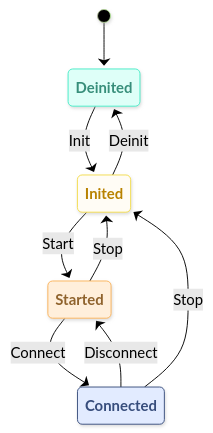
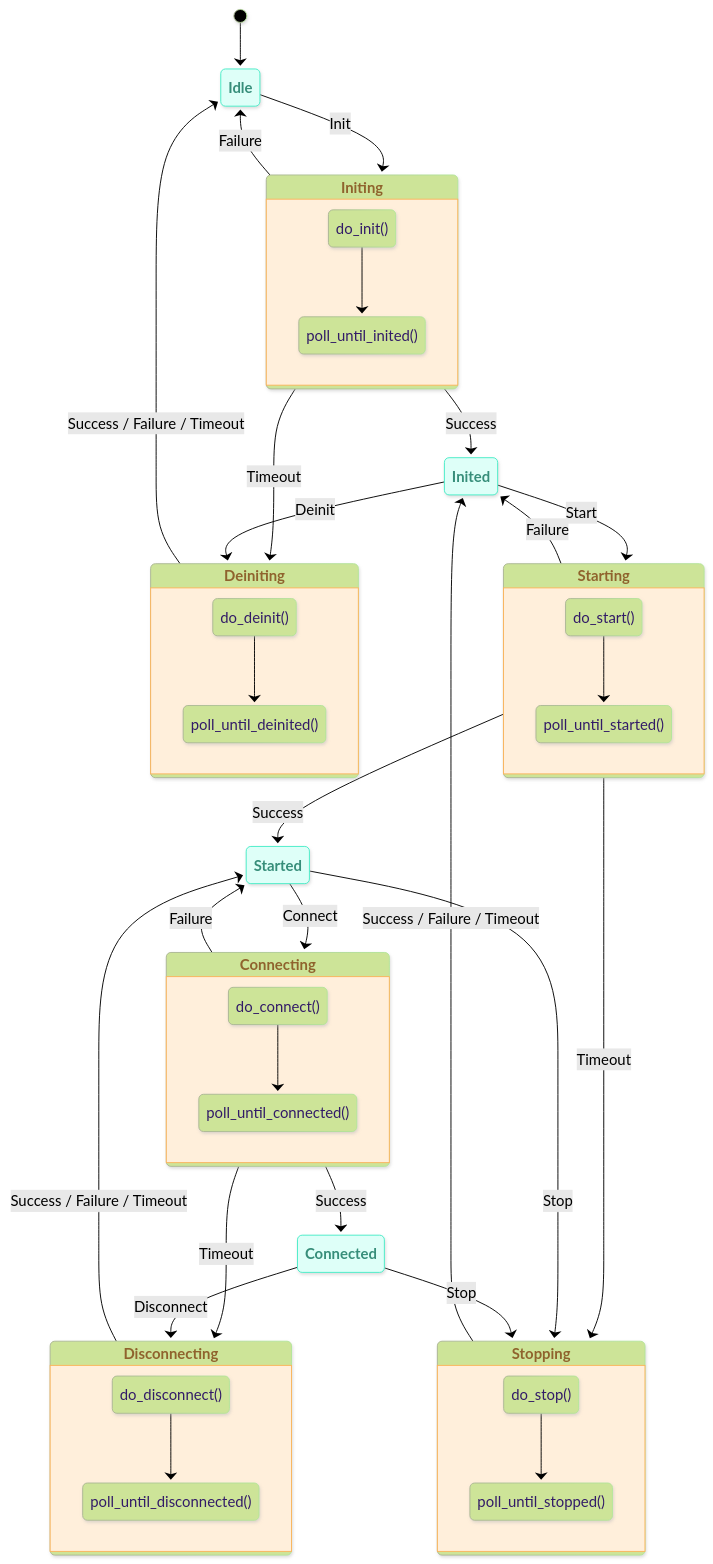
The diagram in service/brookesia_service_wifi/README.md (espressif/esp-brookesia), drawn with Mermaid (forest theme) before and after one commit. The commit also changed other lines of this file and 45 other files, not shown here.

````diff
--- a/service/brookesia_service_wifi/README.md
+++ b/service/brookesia_service_wifi/README.md
@@ -58,36 +59,96 @@
 stateDiagram-v2
   direction TB
 
-  %% State styles
-  classDef Aqua fill:#DEFFF8,stroke:#46EDC8,color:#378E7A,font-weight:bold;
-  classDef Sky fill:#E2EBFF,stroke:#374D7C,color:#374D7C,font-weight:bold;
-  classDef Rose fill:#FFDFE5,stroke:#FF5978,color:#8E2236,font-weight:bold;
-  classDef Peach fill:#FFEFDB,stroke:#FBB35A,color:#8F632D,font-weight:bold;
-  classDef choiceState fill:#F7E6E9,stroke:#C73B32,stroke-width:2px,color:#C73B32,font-style:italic;
-  classDef noteStyle fill:#FFFCF5,color:#B88200,stroke:#F4DD4C,font-weight:bold;
+  %% State Styles
+  classDef Stable fill:#DEFFF8,stroke:#46EDC8,color:#378E7A,font-weight:bold;
+  classDef Transient fill:#FFEFDB,stroke:#FBB35A,color:#8F632D,font-weight:bold;
 
-  %% Node definitions
-  state "Deinited" as Deinited
-  state "Inited" as Inited
-  state "Started" as Started
-  state "Connected" as Connected
+  %% Initial State
+  [*] --> Idle
 
-  %% Main flow
-  [*] --> Deinited
-  Deinited --> Inited: Init
-  Inited --> Started: Start
-  Started --> Connected: Connect
-  Connected --> Started: Disconnect
+  %% =====================
+  %% Idle
+  %% =====================
+  Idle --> Initing: Init
 
-  %% Stop/rollback/terminate (unified branch sinking)
-  Started --> Inited: Stop
-  Connected --> Inited: Stop
-  Inited --> Deinited: Deinit
+  %% =====================
+  %% Initing
+  %% =====================
+  state Initing {
+    do_init() --> poll_until_inited()
+  }
 
-  %% Node styles
-  class Deinited Aqua
-  class Inited noteStyle
-  class Started Peach
-  class Connected Sky
+  Initing --> Inited: Success
+  Initing --> Idle: Failure
+  Initing --> Deiniting: Timeout
 
+  %% =====================
+  %% Inited
+  %% =====================
+  Inited --> Starting: Start
+  Inited --> Deiniting: Deinit
+
+  %% =====================
+  %% Deiniting
+  %% =====================
+  state Deiniting {
+    do_deinit() --> poll_until_deinited()
+  }
+
+  Deiniting --> Idle: Success / Failure / Timeout
+
+  %% =====================
+  %% Starting
+  %% =====================
+  state Starting {
+    do_start() --> poll_until_started()
+  }
+
+  Starting --> Started: Success
+  Starting --> Inited: Failure
+  Starting --> Stopping: Timeout
+
+  %% =====================
+  %% Started
+  %% =====================
+  Started --> Connecting: Connect
+  Started --> Stopping: Stop
+
+  %% =====================
+  %% Connecting
+  %% =====================
+  state Connecting {
+    do_connect() --> poll_until_connected()
+  }
+
+  Connecting --> Connected: Success
+  Connecting --> Started: Failure
+  Connecting --> Disconnecting: Timeout
+
+  %% =====================
+  %% Connected
+  %% =====================
+  Connected --> Disconnecting: Disconnect
+  Connected --> Stopping: Stop
+
+  %% =====================
+  %% Disconnecting
+  %% =====================
+  state Disconnecting {
+    do_disconnect() --> poll_until_disconnected()
+  }
+
+  Disconnecting --> Started: Success / Failure / Timeout
+
+  %% =====================
+  %% Stopping
+  %% =====================
+  state Stopping {
+    do_stop() --> poll_until_stopped()
+  }
+
+  Stopping --> Inited: Success / Failure / Timeout
+
+  class Idle,Inited,Started,Connected Stable
+  class Initing,Starting,Connecting,Disconnecting,Stopping,Deiniting Transient
 ```
````
